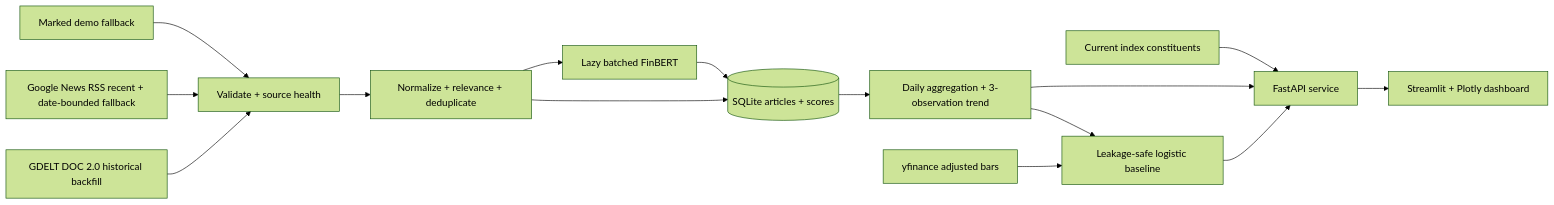
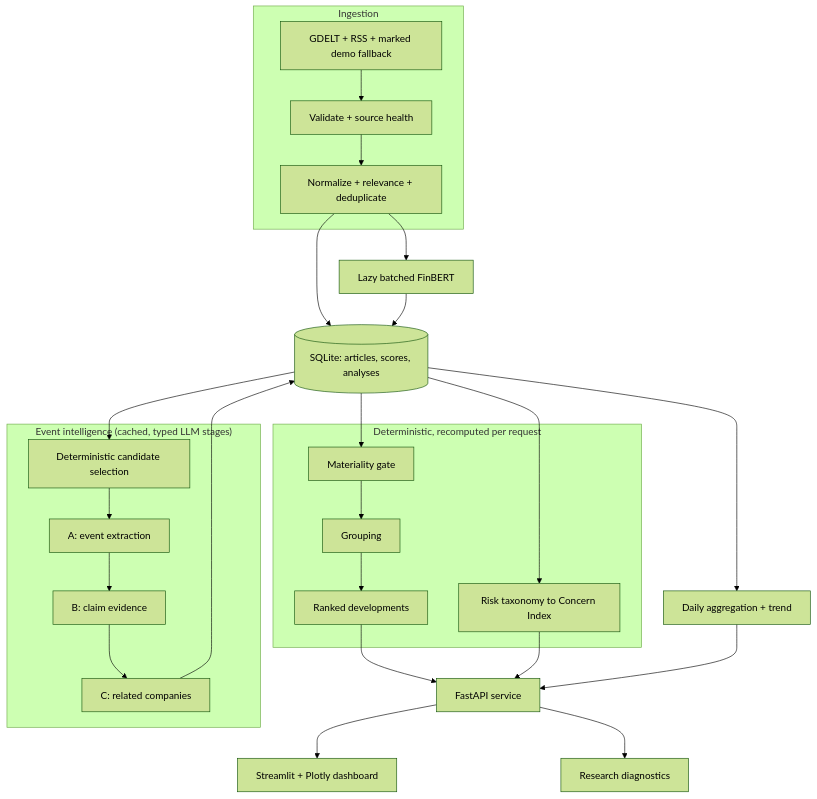
Before and after one commit to AlfredHong2006/MarketSentinel: the diagram in README.md, drawn with Mermaid (forest theme). The commit also changed other lines of this file and 6 other files, not shown here.

````diff
--- a/README.md
+++ b/README.md
@@ -69,17 +170,33 @@
 ```mermaid
-flowchart LR
-    U["Current index constituents"] --> API["FastAPI service"]
-    GDELT["GDELT DOC 2.0 historical backfill"] --> V["Validate + source health"]
-    RSS["Google News RSS recent + date-bounded fallback"] --> V
-    DEMO["Marked demo fallback"] --> V
-    V --> N["Normalize + relevance + deduplicate"]
-    N --> DB[("SQLite articles + scores")]
-    N --> F["Lazy batched FinBERT"]
-    F --> DB
-    DB --> A["Daily aggregation + 3-observation trend"]
-    YF["yfinance adjusted bars"] --> M["Leakage-safe logistic baseline"]
-    A --> M
-    A --> API
-    M --> API
+flowchart TB
+    subgraph Ingest["Ingestion"]
+        GDELT["GDELT + RSS + marked demo fallback"] --> V["Validate + source health"]
+        V --> N["Normalize + relevance + deduplicate"]
+    end
+
+    N --> DB[("SQLite: articles, scores, analyses")]
+    N --> F["Lazy batched FinBERT"] --> DB
+
+    subgraph Intel["Event intelligence (cached, typed LLM stages)"]
+        SEL["Deterministic candidate selection"] --> A["A: event extraction"]
+        A --> B["B: claim evidence"] --> C["C: related companies"]
+    end
+
+    DB --> SEL
+    C --> DB
+
+    subgraph Derive["Deterministic, recomputed per request"]
+        MAT["Materiality gate"] --> GRP["Grouping"] --> KD["Ranked developments"]
+        RSK["Risk taxonomy to Concern Index"]
+    end
+
+    DB --> MAT
+    DB --> RSK
+    DB --> AGG["Daily aggregation + trend"]
+
+    KD --> API["FastAPI service"]
+    RSK --> API
+    AGG --> API
     API --> UI["Streamlit + Plotly dashboard"]
+    API --> DIAG["Research diagnostics"]
 ```
````
